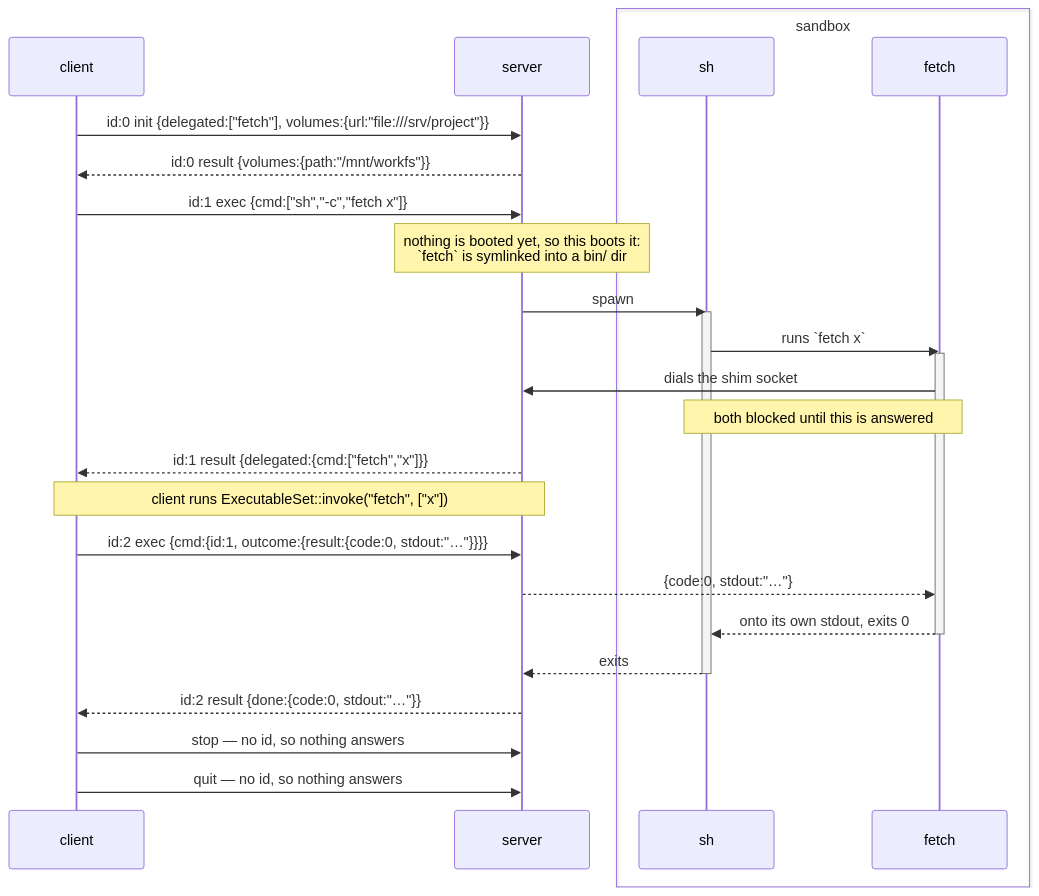
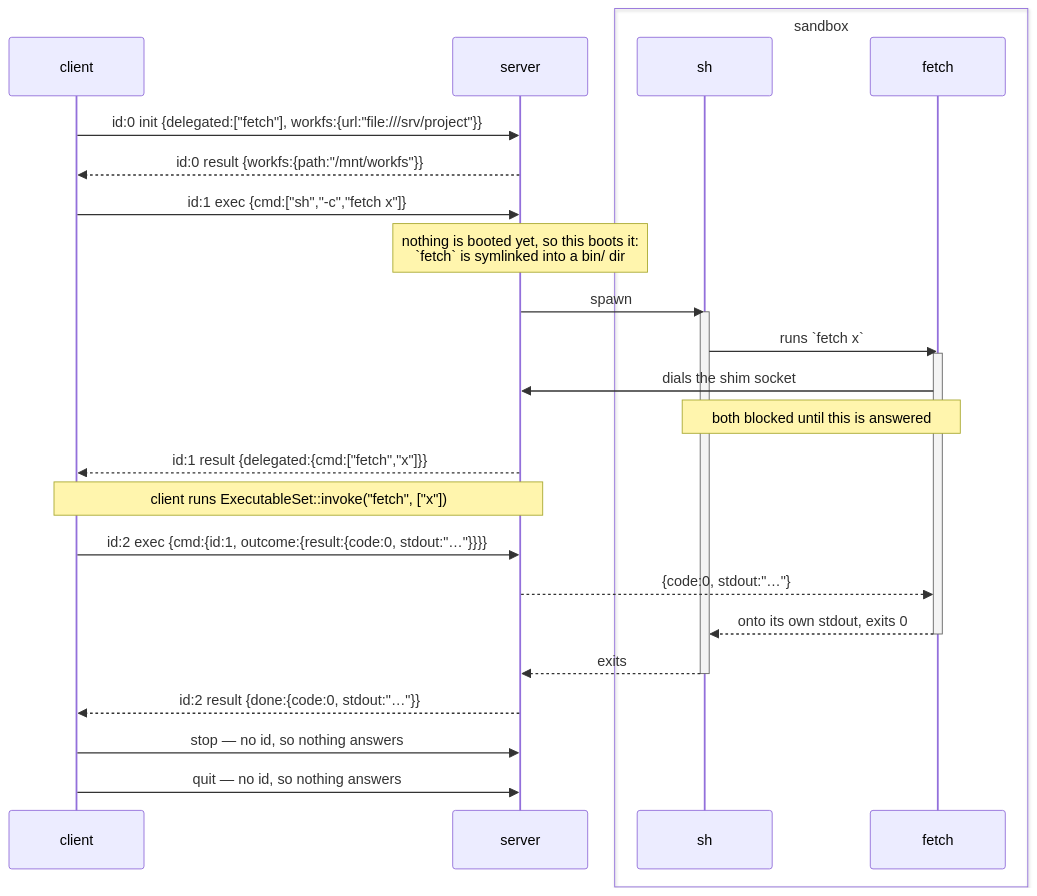
The first of 2 diagrams in cortex/src/console/ARCHITECTURE.md (brekkylab/cortex), drawn with Mermaid before and after one commit. The commit also changed other lines of this file and 10 other files, not shown here.

````diff
--- a/cortex/src/console/ARCHITECTURE.md
+++ b/cortex/src/console/ARCHITECTURE.md
@@ -501,33 +503,33 @@
 ```mermaid
 sequenceDiagram
     participant client
     participant server
     box transparent sandbox
         participant sh
         participant shim as fetch
     end
 
-    client->>server: id:0 init {delegated:["fetch"], volumes:{url:"file:///srv/project"}}
-    server-->>client: id:0 result {volumes:{path:"/mnt/workfs"}}
+    client->>server: id:0 init {delegated:["fetch"], workfs:{url:"file:///srv/project"}}
+    server-->>client: id:0 result {workfs:{path:"/mnt/workfs"}}
 
     client->>server: id:1 exec {cmd:["sh","-c","fetch x"]}
     Note over server: nothing is booted yet, so this boots it:<br/>`fetch` is symlinked into a bin/ dir
     server->>sh: spawn
     activate sh
     sh->>shim: runs `fetch x`
     activate shim
     shim->>server: dials the shim socket
     Note over sh,shim: both blocked until this is answered
     server-->>client: id:1 result {delegated:{cmd:["fetch","x"]}}
     Note over client,server: client runs ExecutableSet::invoke("fetch", ["x"])
     client->>server: id:2 exec {cmd:{id:1, outcome:{result:{code:0, stdout:"…"}}}}
     server-->>shim: {code:0, stdout:"…"}
     shim-->>sh: onto its own stdout, exits 0
     deactivate shim
     sh-->>server: exits
     deactivate sh
     server-->>client: id:2 result {done:{code:0, stdout:"…"}}
 
     client->>server: stop — no id, so nothing answers
     client->>server: quit — no id, so nothing answers
 ```
````
